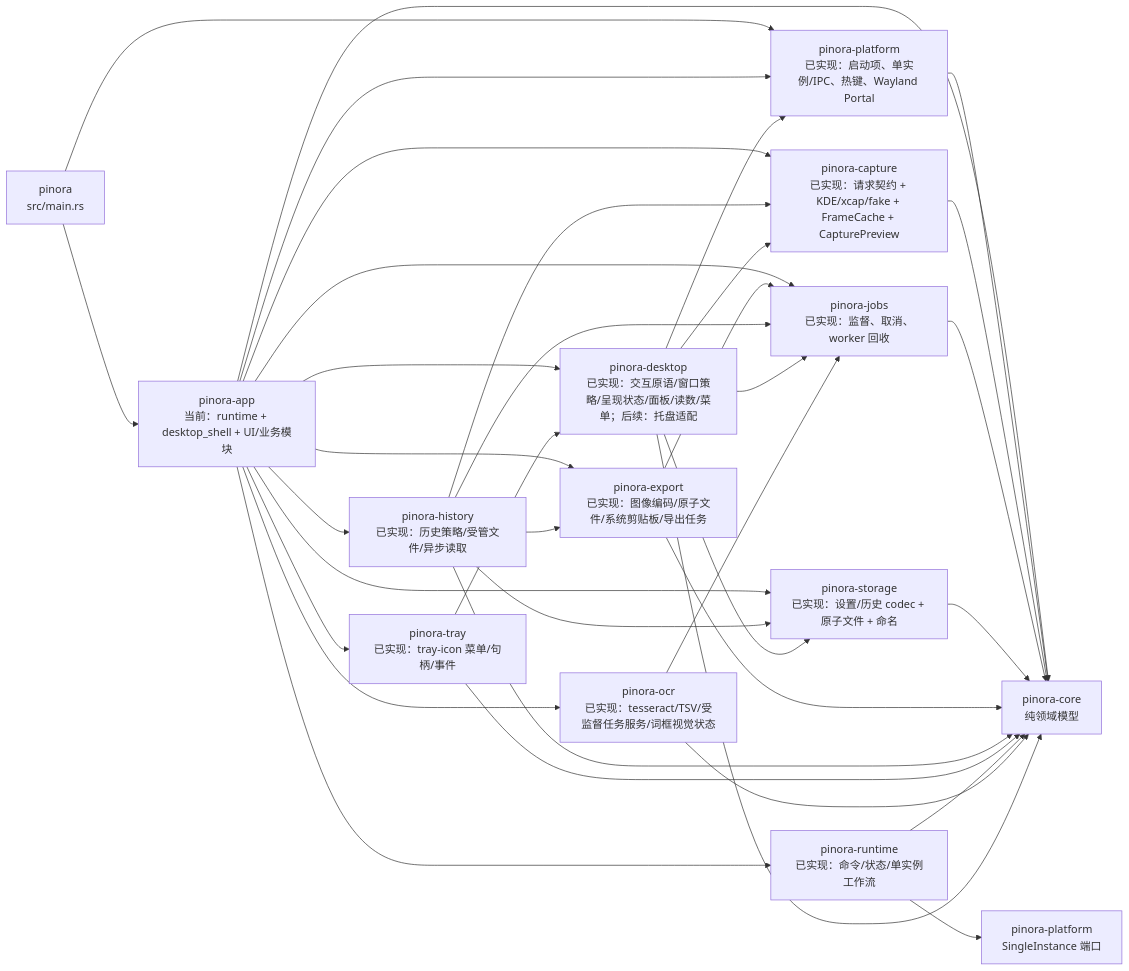
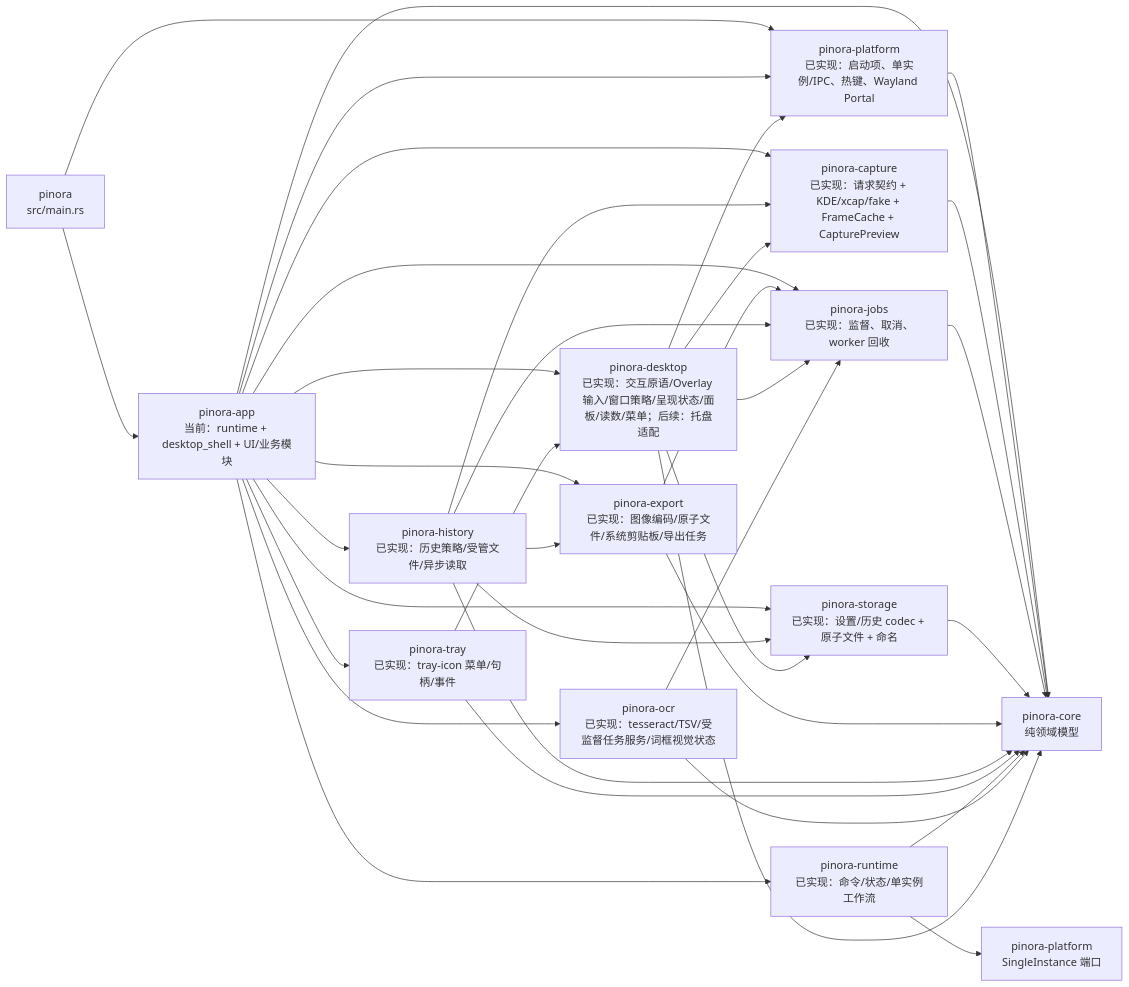
The third of 23 diagrams in docs/Pinora-开发设计文档.md (yhyzgn/pinora), drawn with Mermaid before and after one commit. The commit also changed other lines of this file and 9 other files, not shown here.

First line of the commit message:
refactor(desktop): isolate overlay input intents

````diff
--- a/docs/Pinora-开发设计文档.md
+++ b/docs/Pinora-开发设计文档.md
@@ -236,39 +236,39 @@
 ```mermaid
 flowchart LR
     Main["pinora\nsrc/main.rs"] --> App["pinora-app\n当前：runtime + desktop_shell + UI/业务模块"]
     Main --> Platform["pinora-platform\n已实现：启动项、单实例/IPC、热键、Wayland Portal"]
     App --> Platform
     App --> Core["pinora-core\n纯领域模型"]
     Platform --> Core
 
     App --> CaptureNow["pinora-capture\n已实现：请求契约 + KDE/xcap/fake + FrameCache + CapturePreview"]
     CaptureNow --> Core
     App --> JobsNow["pinora-jobs\n已实现：监督、取消、worker 回收"]
     JobsNow --> Core
     App --> StorageNow["pinora-storage\n已实现：设置/历史 codec + 原子文件 + 命名"]
     StorageNow --> Core
-    App --> Desktop["pinora-desktop\n已实现：交互原语/窗口策略/呈现状态/面板/读数/菜单；后续：托盘适配"]
+    App --> Desktop["pinora-desktop\n已实现：交互原语/Overlay 输入/窗口策略/呈现状态/面板/读数/菜单；后续：托盘适配"]
     App --> ExportNow["pinora-export\n已实现：图像编码/原子文件/系统剪贴板/导出任务"]
     ExportNow --> Core
     ExportNow --> JobsNow
     App --> HistoryNow["pinora-history\n已实现：历史策略/受管文件/异步读取"]
     HistoryNow --> Core
     HistoryNow --> StorageNow
     HistoryNow --> CaptureNow
     HistoryNow --> JobsNow
     HistoryNow --> ExportNow
     App --> TrayNow["pinora-tray\n已实现：tray-icon 菜单/句柄/事件"]
     TrayNow --> Core
     TrayNow --> Desktop
     App --> RuntimeNow["pinora-runtime\n已实现：命令/状态/单实例工作流"]
     RuntimeNow --> Core
     RuntimeNow --> PlatformNow["pinora-platform\nSingleInstance 端口"]
     App --> Ocr["pinora-ocr\n已实现：tesseract/TSV/受监督任务服务/词框视觉状态"]
     Ocr --> Core
     Desktop --> Core
     Desktop --> Platform
     Desktop --> CaptureNow
     Desktop --> JobsNow
     Desktop --> StorageNow
     Ocr --> JobsNow
 ```
````
